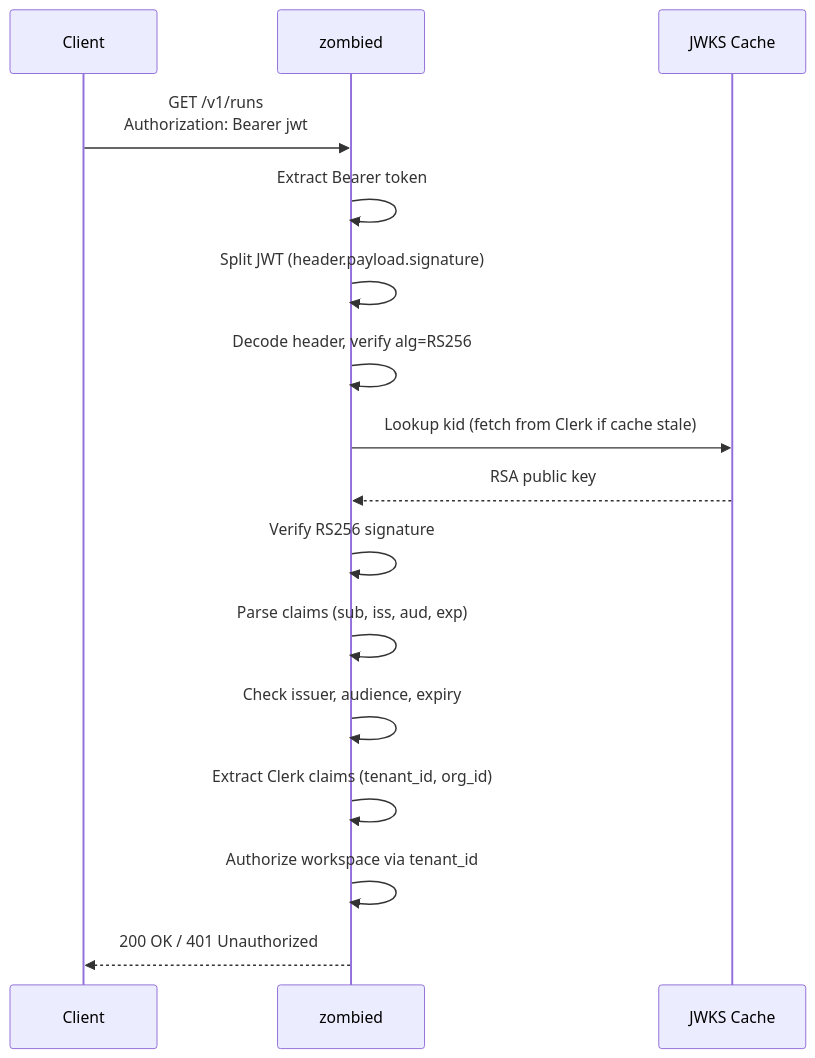
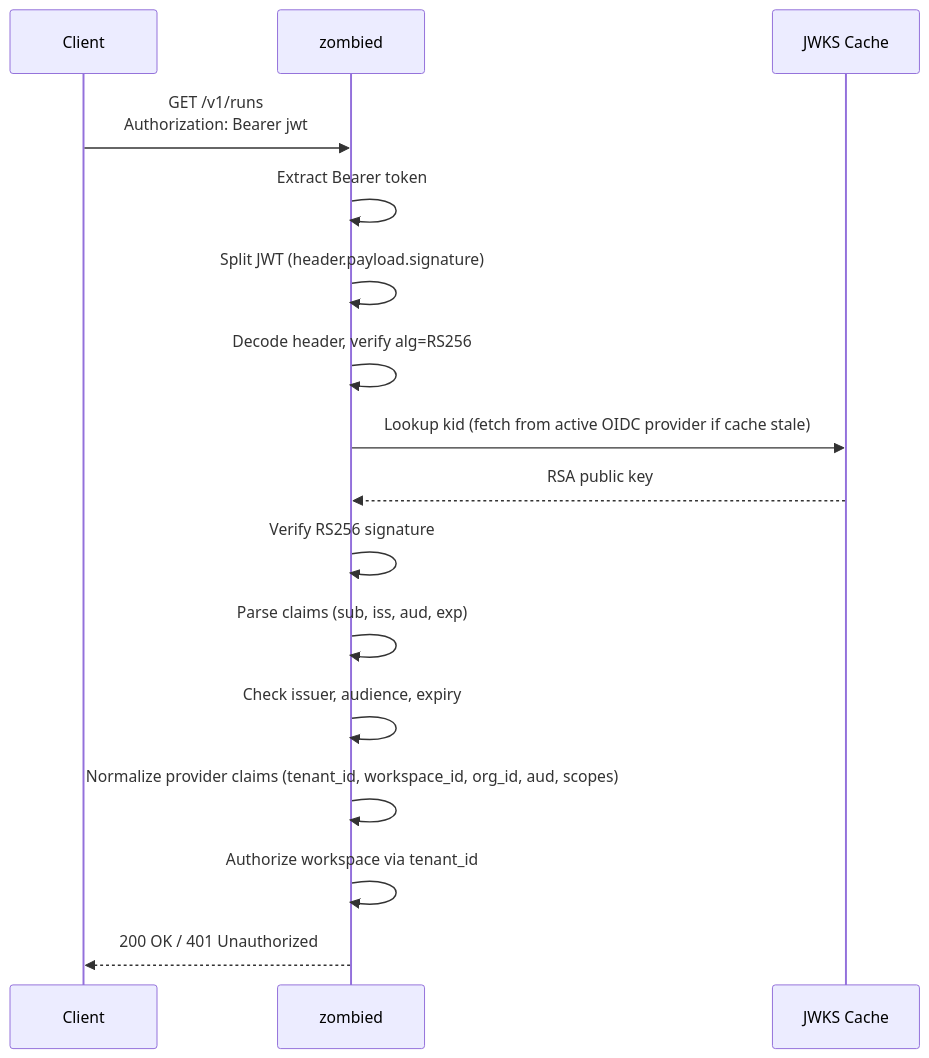
Before and after one commit to usezombie/usezombie: the first of 3 diagrams in docs/security/CLERK.md, drawn with Mermaid. The commit also changed other lines of this file and 21 other files, not shown here.

````diff
--- a/docs/security/CLERK.md
+++ b/docs/security/CLERK.md
@@ -22,19 +29,19 @@
 ```mermaid
 sequenceDiagram
     participant C as Client
     participant Z as zombied
     participant JW as JWKS Cache
 
     C->>Z: GET /v1/runs<br/>Authorization: Bearer jwt
     Z->>Z: Extract Bearer token
     Z->>Z: Split JWT (header.payload.signature)
     Z->>Z: Decode header, verify alg=RS256
-    Z->>JW: Lookup kid (fetch from Clerk if cache stale)
+    Z->>JW: Lookup kid (fetch from active OIDC provider if cache stale)
     JW-->>Z: RSA public key
     Z->>Z: Verify RS256 signature
     Z->>Z: Parse claims (sub, iss, aud, exp)
     Z->>Z: Check issuer, audience, expiry
-    Z->>Z: Extract Clerk claims (tenant_id, org_id)
+    Z->>Z: Normalize provider claims (tenant_id, workspace_id, org_id, aud, scopes)
     Z->>Z: Authorize workspace via tenant_id
     Z-->>C: 200 OK / 401 Unauthorized
 ```
````
